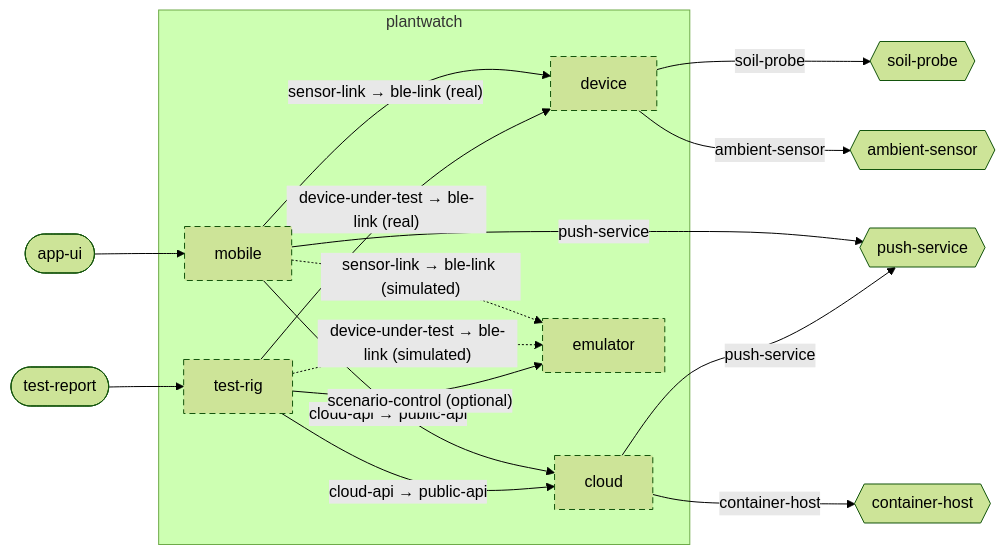
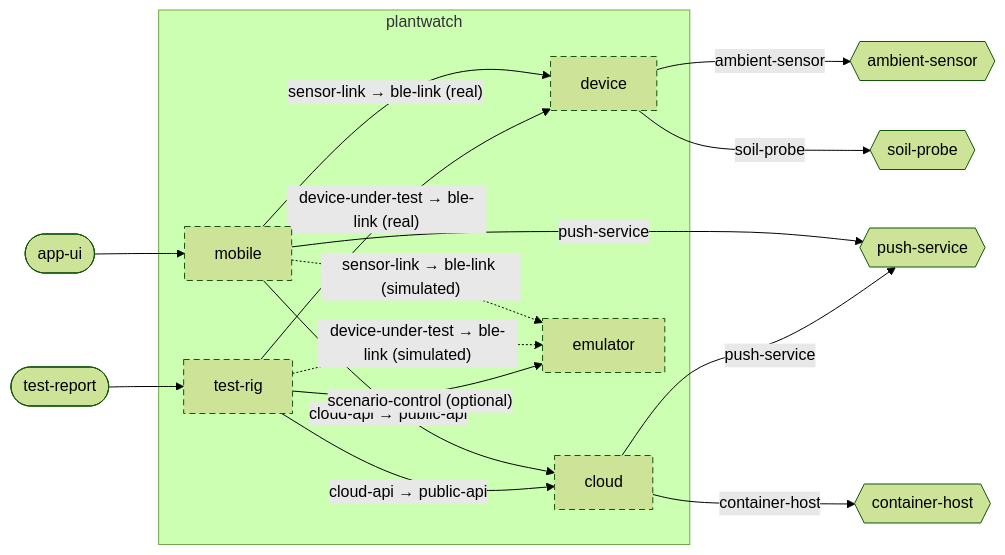
Before and after one commit to wackazong/unifold: the diagram in examples/plantwatch/docs/diagrams/component.md, drawn with Mermaid (forest theme). The commit also changed other lines of this file and 26 other files, not shown here.

````diff
--- a/examples/plantwatch/docs/diagrams/component.md
+++ b/examples/plantwatch/docs/diagrams/component.md
@@ -8,35 +8,35 @@
 ```mermaid
 flowchart LR
   subgraph u_root["plantwatch"]
     u_cloud["cloud"]
     u_device["device"]
     u_emulator["emulator"]
     u_mobile["mobile"]
     u_test_drig["test-rig"]
   end
   n_root___push_dservice{{"push-service"}}
   n_root___container_dhost{{"container-host"}}
+  n_root___ambient_dsensor{{"ambient-sensor"}}
   n_root___soil_dprobe{{"soil-probe"}}
-  n_root___ambient_dsensor{{"ambient-sensor"}}
   p_root___app_dui(["app-ui"])
   p_root___test_dreport(["test-report"])
   u_mobile -->|"sensor-link → ble-link (real)"| u_device
   u_mobile -.->|"sensor-link → ble-link (simulated)"| u_emulator
   u_mobile -->|"cloud-api → public-api"| u_cloud
   u_mobile -->|"push-service"| n_root___push_dservice
   u_cloud -->|"push-service"| n_root___push_dservice
   u_test_drig -->|"device-under-test → ble-link (real)"| u_device
   u_test_drig -.->|"device-under-test → ble-link (simulated)"| u_emulator
   u_test_drig -->|"scenario-control (optional)"| u_emulator
   u_test_drig -->|"cloud-api → public-api"| u_cloud
   u_cloud -->|"container-host"| n_root___container_dhost
+  u_device -->|"ambient-sensor"| n_root___ambient_dsensor
   u_device -->|"soil-probe"| n_root___soil_dprobe
-  u_device -->|"ambient-sensor"| n_root___ambient_dsensor
   p_root___app_dui --> u_mobile
   p_root___test_dreport --> u_test_drig
   classDef focus stroke-width:4px
   classDef planned stroke-dasharray:6 4
   classDef deprecated stroke-dasharray:2 2,opacity:0.6
   classDef plain stroke-dasharray:2 3
   class u_cloud,u_device,u_emulator,u_mobile,u_test_drig planned
 ```
````
